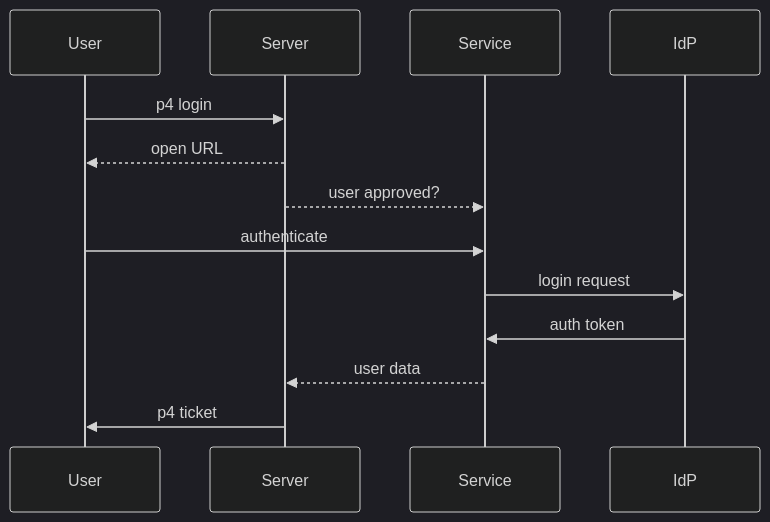
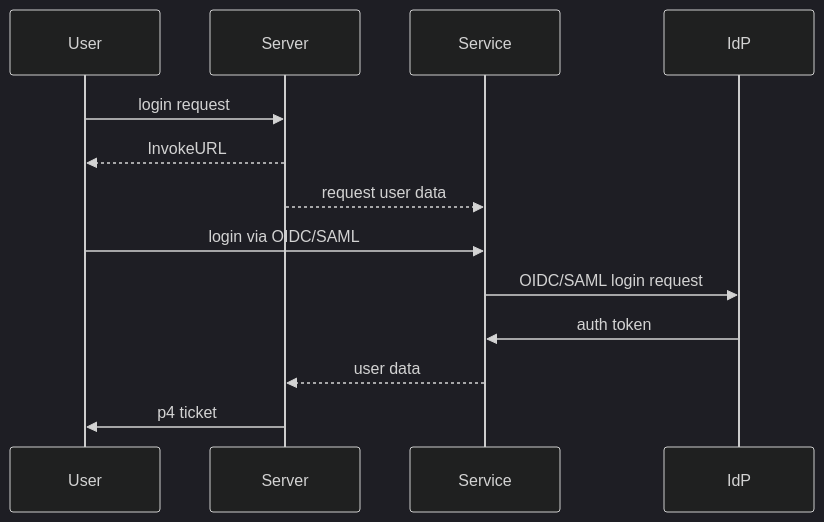
The diagram in docs/sequence_diagram.mmd (perforce/helix-authentication-service), drawn with Mermaid (dark theme) before and after one commit. The commit also changed 3 other files, not shown here.

First line of the commit message:
Clarify labels of sequence diagram

```diff
--- a/docs/sequence_diagram.mmd
+++ b/docs/sequence_diagram.mmd
@@ -1,9 +1,9 @@
 sequenceDiagram
-User->>Server: p4 login
-Server-->>User: open URL
-Server-->>Service: user approved?
-User->>Service: authenticate
-Service->>IdP: login request
+User->>Server: login request
+Server-->>User: InvokeURL
+Server-->>Service: request user data
+User->>Service: login via OIDC/SAML
+Service->>IdP: OIDC/SAML login request
 IdP->>Service: auth token
 Service-->>Server: user data
 Server->>User: p4 ticket
```
